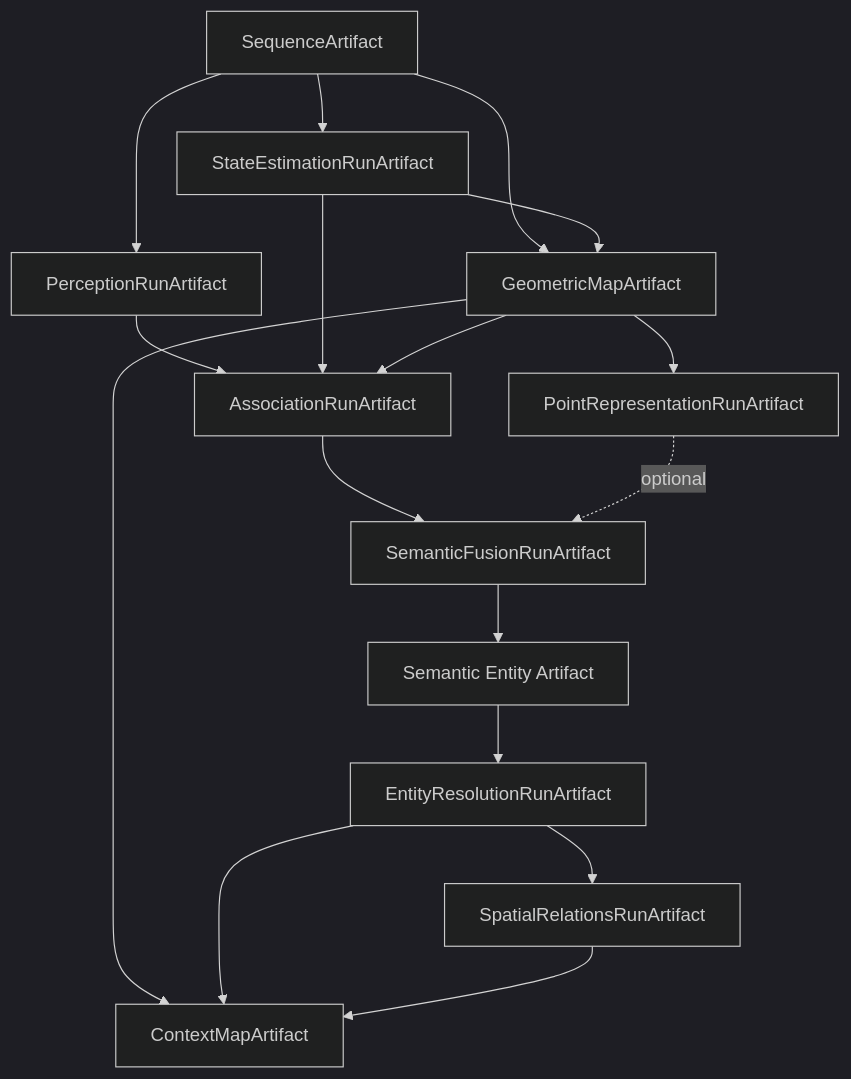
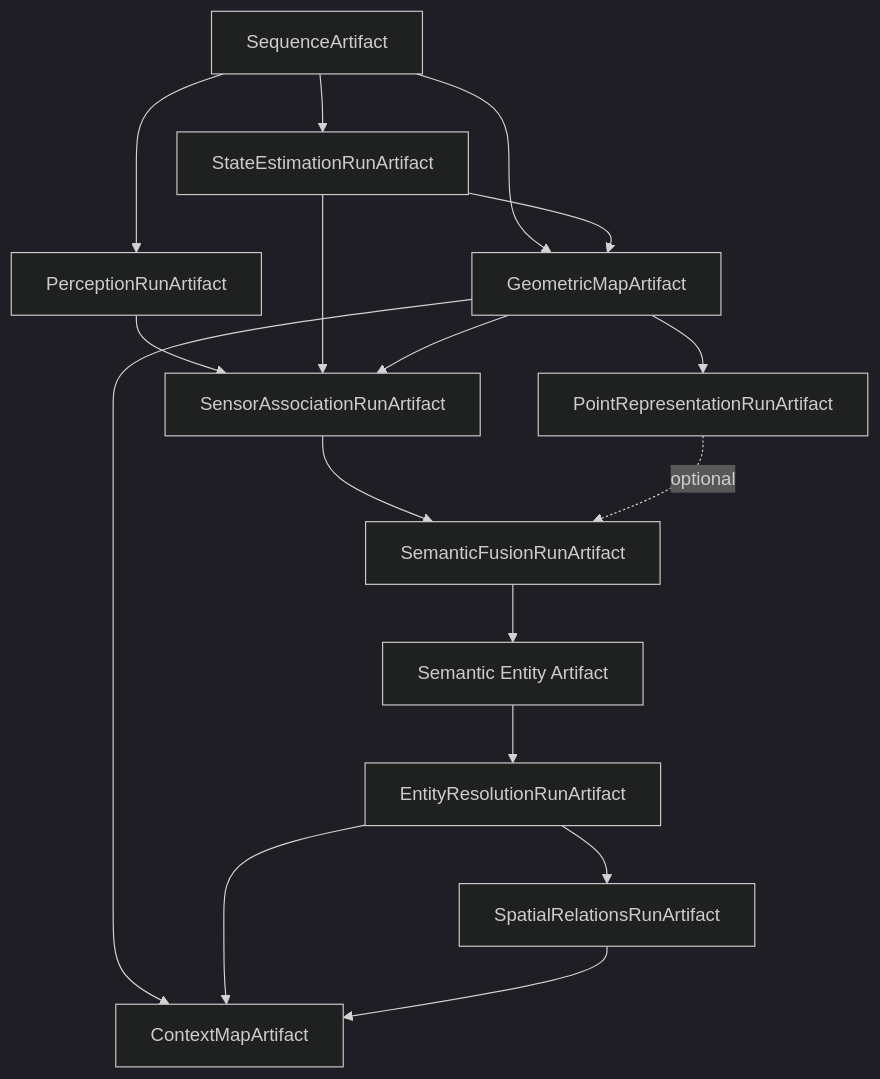
Before and after one commit to Alexandre-Tortoza/contextmap2: the second of 9 diagrams in docs/ARTIFACTS.md, drawn with Mermaid (dark theme). The commit also changed other lines of this file and 30 other files, not shown here.

````diff
--- a/docs/ARTIFACTS.md
+++ b/docs/ARTIFACTS.md
@@ -71,29 +71,29 @@
 ```mermaid
 flowchart TD
     S[SequenceArtifact]
     P[PerceptionRunArtifact]
     T[StateEstimationRunArtifact]
     G[GeometricMapArtifact]
-    A[AssociationRunArtifact]
+    A[SensorAssociationRunArtifact]
     R[PointRepresentationRunArtifact]
     F[SemanticFusionRunArtifact]
     E[Semantic Entity Artifact]
     ER[EntityResolutionRunArtifact]
     SR[SpatialRelationsRunArtifact]
     C[ContextMapArtifact]
 
     S --> P
     S --> T
     S --> G
     T --> G
     P --> A
     T --> A
     G --> A
     G --> R
     A --> F
     R -. optional .-> F
     F --> E --> ER --> SR
     G --> C
     ER --> C
     SR --> C
 ```
````
